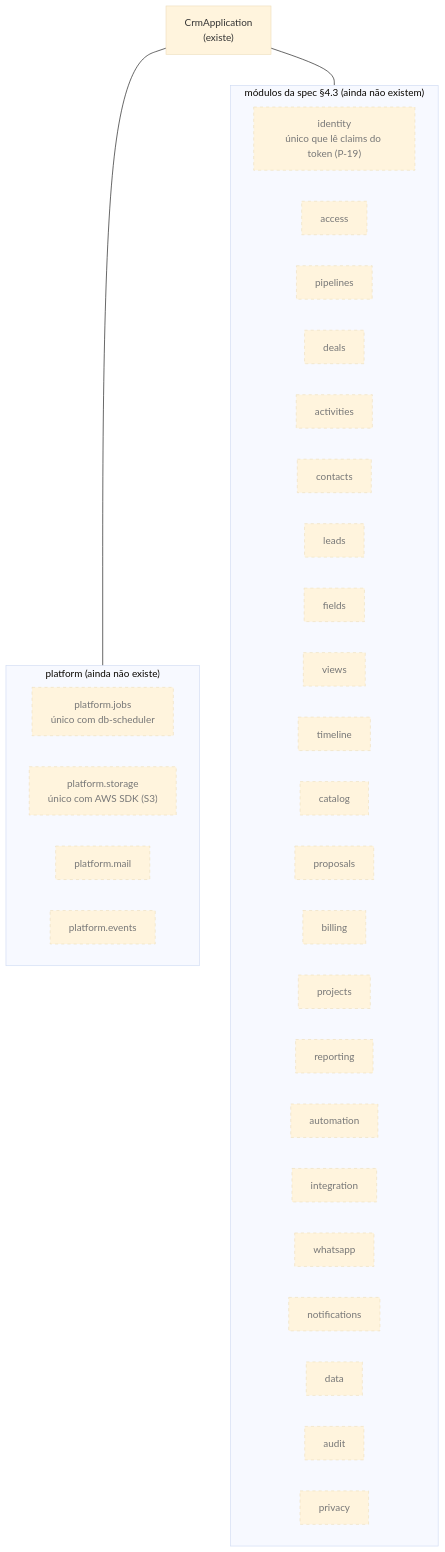
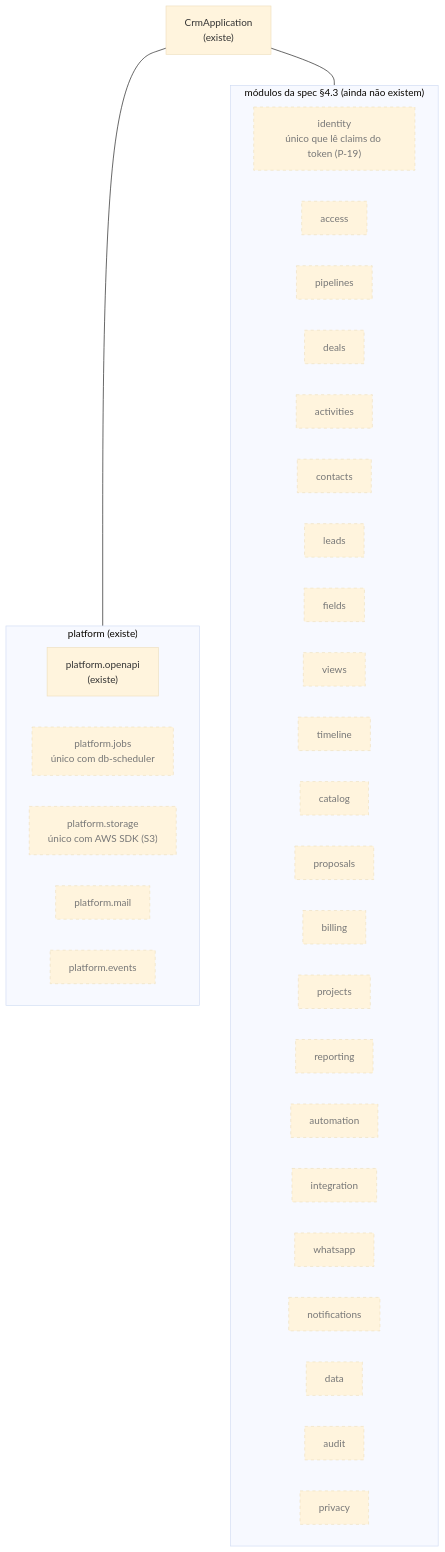
One commit to akeel-dev/crm-akeel changed the diagram in docs/arquitetura/modulos.md. Above: the diagram before and after it, drawn with Mermaid (base theme). The commit also changed other lines of this file and 2 other files, not shown here.

First line of the commit message:
Arquiteto: SISTEMA.md e modulos.md com platform.openapi; emenda do ADR 0001 com padrões ancorados

````diff
--- a/docs/arquitetura/modulos.md
+++ b/docs/arquitetura/modulos.md
@@ -23,42 +24,43 @@
 ```mermaid
 flowchart TB
   app["CrmApplication<br/>(existe)"]
 
-  subgraph platform["platform (ainda não existe)"]
+  subgraph platform["platform (existe)"]
+    openapi["platform.openapi<br/>(existe)"]
     jobs["platform.jobs<br/>único com db-scheduler"]
     storage["platform.storage<br/>único com AWS SDK (S3)"]
     mail["platform.mail"]
     events["platform.events"]
   end
 
   subgraph dominio["módulos da spec §4.3 (ainda não existem)"]
     identity["identity<br/>único que lê claims do token (P-19)"]
     access["access"]
     pipelines["pipelines"]
     deals["deals"]
     activities["activities"]
     contacts["contacts"]
     leads["leads"]
     fields["fields"]
     views["views"]
     timeline["timeline"]
     catalog["catalog"]
     proposals["proposals"]
     billing["billing"]
     projects["projects"]
     reporting["reporting"]
     automation["automation"]
     integration["integration"]
     whatsapp["whatsapp"]
     notifications["notifications"]
     data["data"]
     audit["audit"]
     privacy["privacy"]
   end
 
   app --- platform
   app --- dominio
 
   classDef futuro stroke-dasharray: 5 5,color:#777;
   class jobs,storage,mail,events,identity,access,pipelines,deals,activities,contacts,leads,fields,views,timeline,catalog,proposals,billing,projects,reporting,automation,integration,whatsapp,notifications,data,audit,privacy futuro;
 ```
````
